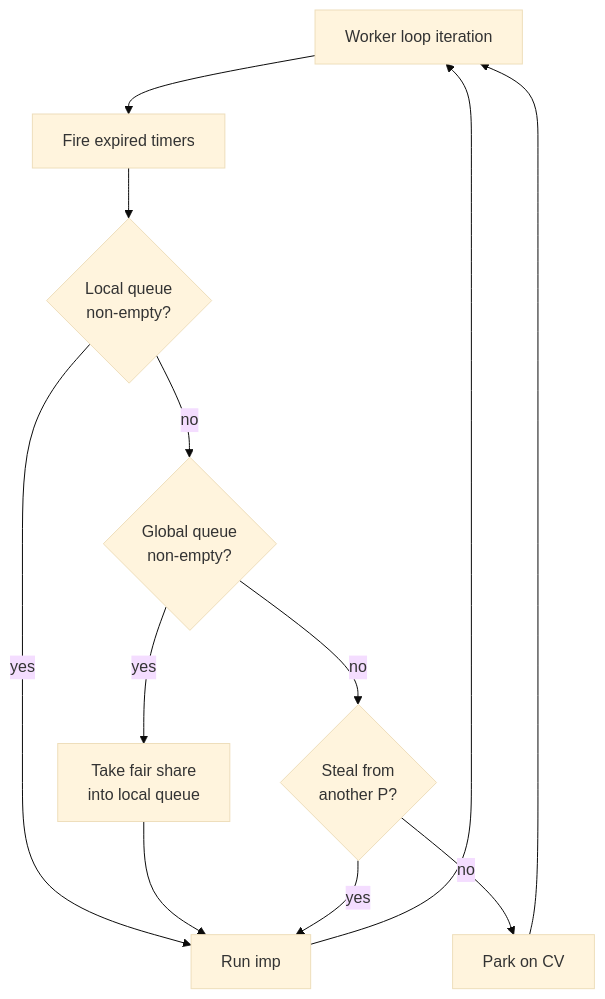
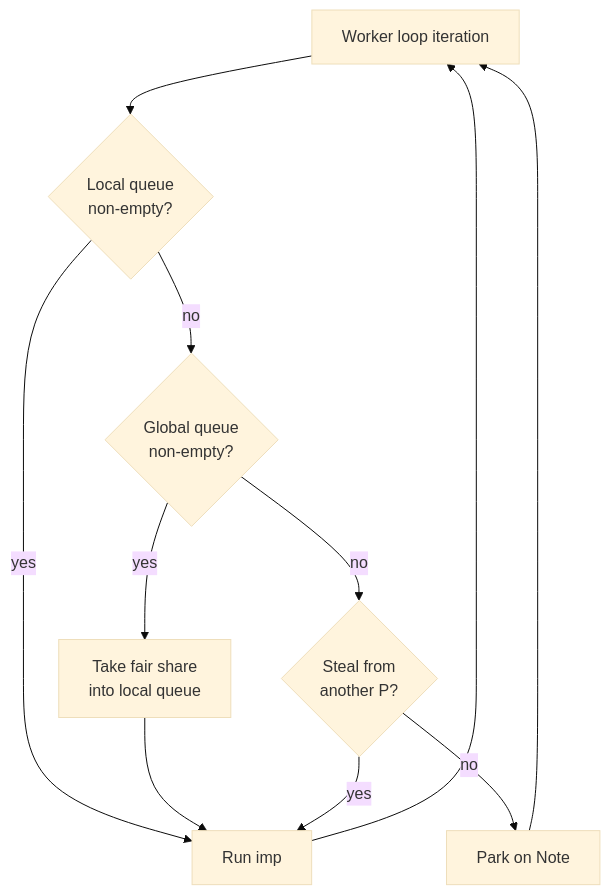
One commit to marcelocantos/csp changed the second of 2 diagrams in docs/guide/09-concurrency.md. Above: the diagram before and after it, drawn with Mermaid (base theme). The commit also changed other lines of this file and 26 other files, not shown here.

````diff
--- a/docs/guide/09-concurrency.md
+++ b/docs/guide/09-concurrency.md
@@ -105,14 +106,13 @@
 ```mermaid
 flowchart TD
-    START["Worker loop iteration"] --> TIMERS["Fire expired timers"]
-    TIMERS --> LOCAL{"Local queue\nnon-empty?"}
+    START["Worker loop iteration"] --> LOCAL{"Local queue\nnon-empty?"}
     LOCAL -- yes --> RUN["Run imp"]
     LOCAL -- no --> GLOBAL{"Global queue\nnon-empty?"}
     GLOBAL -- yes --> TAKE["Take fair share\ninto local queue"]
     TAKE --> RUN
     GLOBAL -- no --> STEAL{"Steal from\nanother P?"}
     STEAL -- yes --> RUN
-    STEAL -- no --> PARK["Park on CV"]
+    STEAL -- no --> PARK["Park on Note"]
     PARK --> START
     RUN --> START
 ```
````
